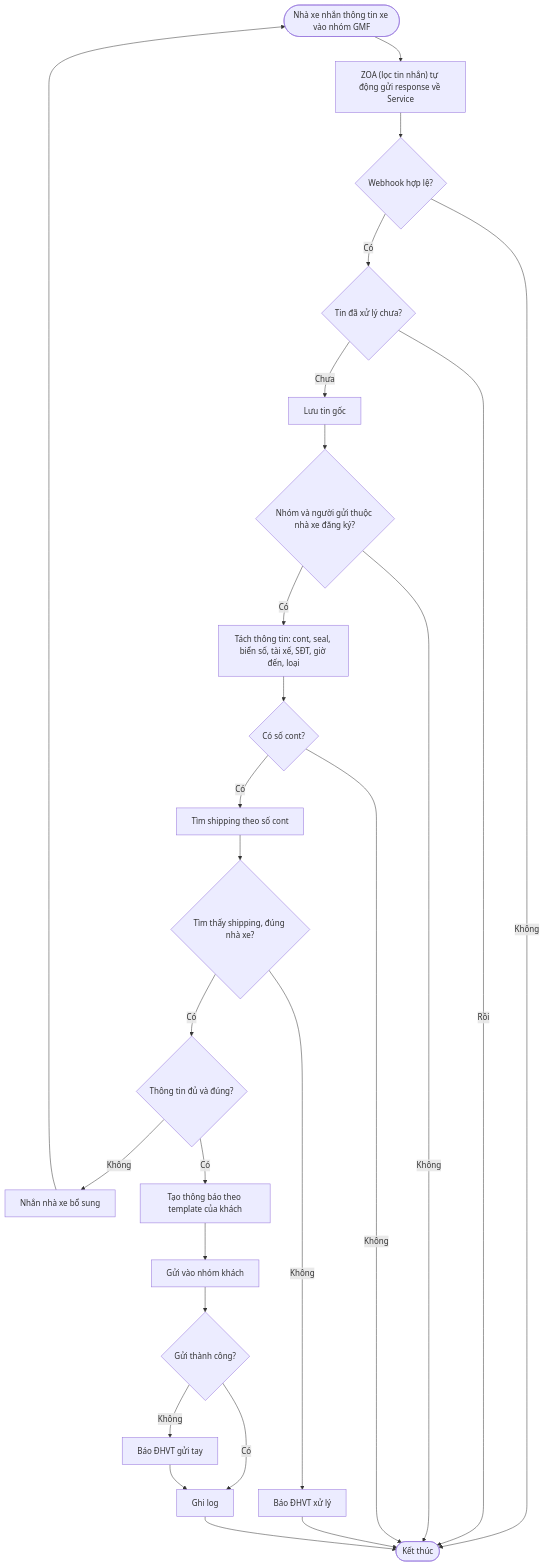
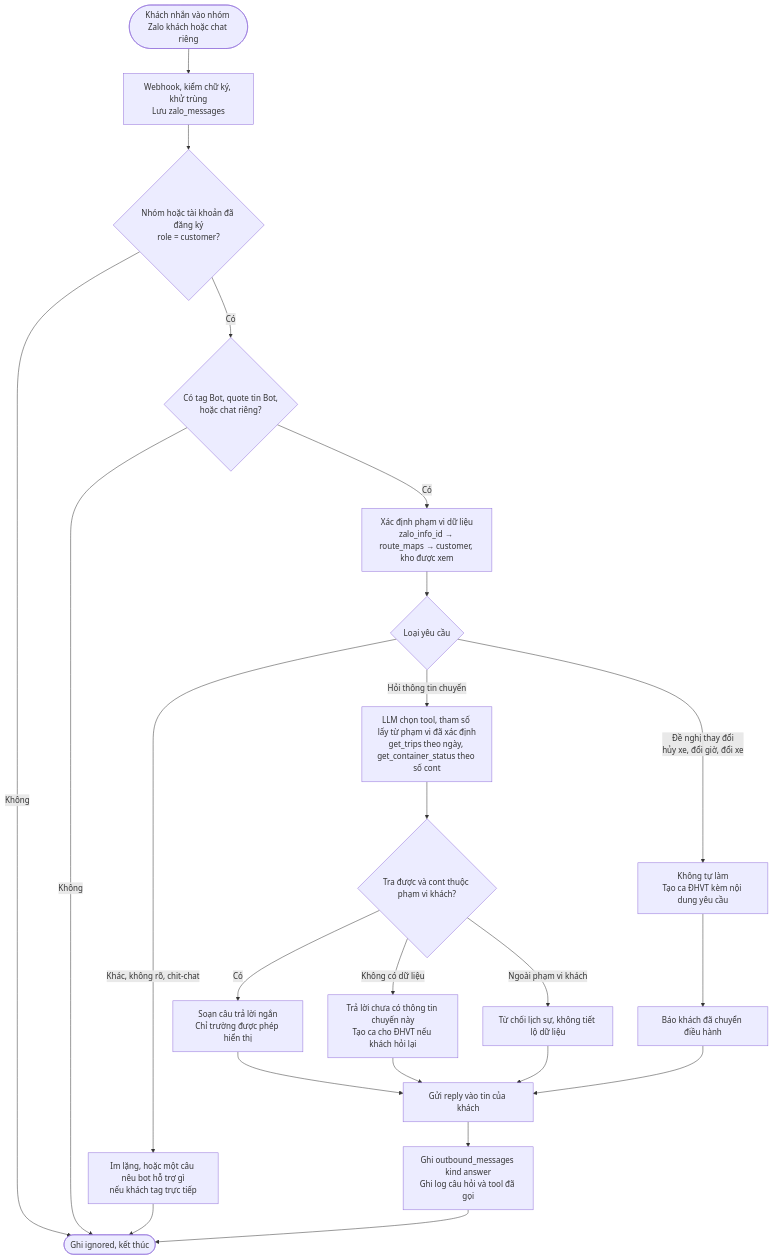
One commit to vutiendat2302/vsico_zalo_bot changed the fifth of 19 diagrams in backend/zalo.md. Above: the diagram before and after it, drawn with Mermaid. The commit also changed other lines of this file and 8 other files, not shown here.

````diff
--- a/backend/zalo.md
+++ b/backend/zalo.md
@@ -5,25 +218,30 @@
 ```mermaid
 flowchart TD
-    A(["Nhà xe nhắn thông tin xe vào nhóm GMF"]) --> B["ZOA (lọc tin nhắn) tự động gửi response về Service"]
-    B --> C{"Webhook hợp lệ?"}
-    C -- "Không" --> Z(["Kết thúc"])
-    C -- "Có" --> D{"Tin đã xử lý chưa?"}
-    D -- "Rồi" --> Z
-    D -- "Chưa" --> E["Lưu tin gốc"]
-    E --> F{"Nhóm và người gửi thuộc nhà xe đăng ký?"}
-    F -- "Không" --> Z
-    F -- "Có" --> G["Tách thông tin: cont, seal, biển số, tài xế, SĐT, giờ đến, loại"]
-    G --> H{"Có số cont?"}
-    H -- "Không" --> Z
-    H -- "Có" --> I["Tìm shipping theo số cont"]
-    I --> J{"Tìm thấy shipping, đúng nhà xe?"}
-    J -- "Không" --> K["Báo ĐHVT xử lý"] --> Z
-    J -- "Có" --> L{"Thông tin đủ và đúng?"}
-    L -- "Không" --> M["Nhắn nhà xe bổ sung"] --> A
-    L -- "Có" --> N["Tạo thông báo theo template của khách"]
-    N --> O["Gửi vào nhóm khách"]
-    O --> P{"Gửi thành công?"}
-    P -- "Có" --> Q["Ghi log"]
-    P -- "Không" --> R["Báo ĐHVT gửi tay"] --> Q
-    Q --> Z
+    A(["Khách nhắn vào nhóm Zalo khách hoặc chat riêng"]) --> B["Webhook, kiểm chữ ký, khử trùng<br/>Lưu zalo_messages"]
+    B --> C{"Nhóm hoặc tài khoản đã đăng ký<br/>role = customer?"}
+    C -- "Không" --> Z(["Ghi ignored, kết thúc"])
+    C -- "Có" --> D{"Có tag Bot, quote tin Bot,<br/>hoặc chat riêng?"}
+    D -- "Không" --> Z
+
+    D -- "Có" --> E["Xác định phạm vi dữ liệu<br/>zalo_info_id → route_maps → customer, kho được xem"]
+    E --> F{"Loại yêu cầu"}
+
+    F -- "Hỏi thông tin chuyến" --> Q["LLM chọn tool, tham số lấy từ phạm vi đã xác định<br/>get_trips theo ngày, get_container_status theo số cont"]
+    Q --> Q2{"Tra được và cont thuộc phạm vi khách?"}
+    Q2 -- "Có" --> ANS["Soạn câu trả lời ngắn<br/>Chỉ trường được phép hiển thị"]
+    Q2 -- "Không có dữ liệu" --> NF["Trả lời chưa có thông tin chuyến này<br/>Tạo ca cho ĐHVT nếu khách hỏi lại"]
+    Q2 -- "Ngoài phạm vi khách" --> DENY["Từ chối lịch sự, không tiết lộ dữ liệu"]
+
+    F -- "Đề nghị thay đổi<br/>hủy xe, đổi giờ, đổi xe" --> CH["Không tự làm<br/>Tạo ca ĐHVT kèm nội dung yêu cầu"]
+    CH --> ACK["Báo khách đã chuyển điều hành"]
+
+    F -- "Khác, không rõ, chit-chat" --> UN["Im lặng, hoặc một câu nêu bot hỗ trợ gì<br/>nếu khách tag trực tiếp"]
+
+    ANS --> SEND["Gửi reply vào tin của khách"]
+    NF --> SEND
+    DENY --> SEND
+    ACK --> SEND
+    UN --> Z
+    SEND --> LOG["Ghi outbound_messages kind answer<br/>Ghi log câu hỏi và tool đã gọi"] --> Z
+
 ```
````
